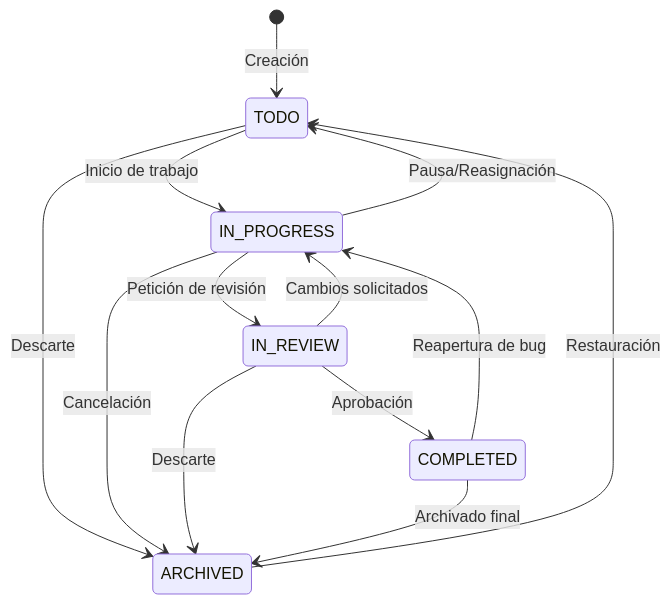
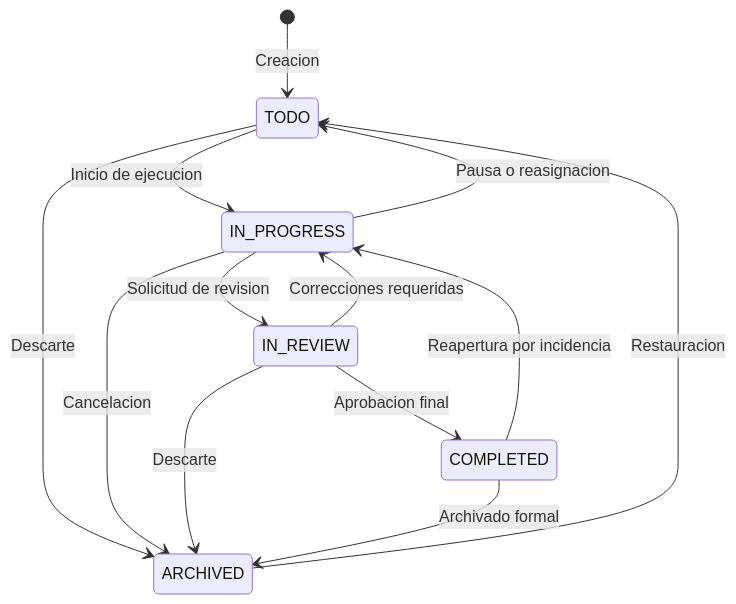
The diagram in docs/architecture.md (maurz-dev/tasksphere-enterprise-api), drawn with Mermaid before and after one commit. The commit also changed other lines of this file and 2 other files, not shown here.

````diff
--- a/docs/architecture.md
+++ b/docs/architecture.md
@@ -72,15 +53,15 @@
 ```mermaid
 stateDiagram-v2
-    [*] --> TODO: Creación
-    TODO --> IN_PROGRESS: Inicio de trabajo
+    [*] --> TODO: Creacion
+    TODO --> IN_PROGRESS: Inicio de ejecucion
     TODO --> ARCHIVED: Descarte
-    IN_PROGRESS --> IN_REVIEW: Petición de revisión
-    IN_PROGRESS --> TODO: Pausa/Reasignación
-    IN_PROGRESS --> ARCHIVED: Cancelación
-    IN_REVIEW --> COMPLETED: Aprobación
-    IN_REVIEW --> IN_PROGRESS: Cambios solicitados
+    IN_PROGRESS --> IN_REVIEW: Solicitud de revision
+    IN_PROGRESS --> TODO: Pausa o reasignacion
+    IN_PROGRESS --> ARCHIVED: Cancelacion
+    IN_REVIEW --> COMPLETED: Aprobacion final
+    IN_REVIEW --> IN_PROGRESS: Correcciones requeridas
     IN_REVIEW --> ARCHIVED: Descarte
-    COMPLETED --> ARCHIVED: Archivado final
-    COMPLETED --> IN_PROGRESS: Reapertura de bug
-    ARCHIVED --> TODO: Restauración
+    COMPLETED --> ARCHIVED: Archivado formal
+    COMPLETED --> IN_PROGRESS: Reapertura por incidencia
+    ARCHIVED --> TODO: Restauracion
 ```
````
